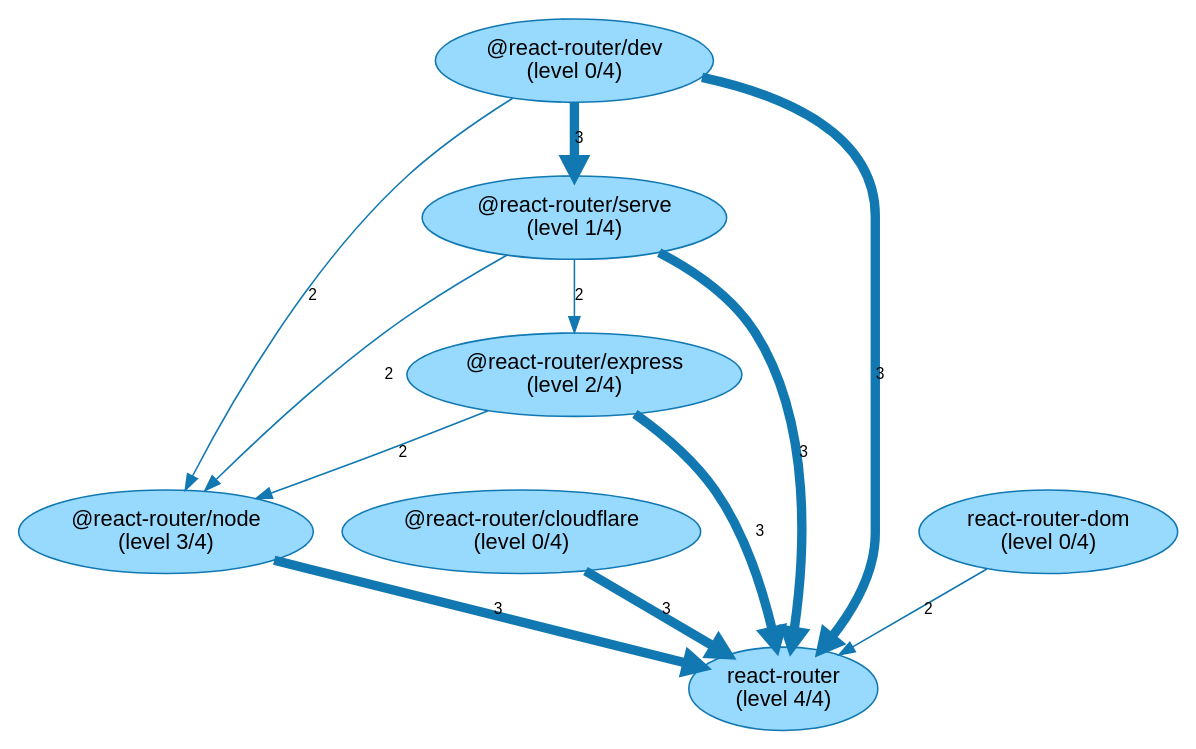
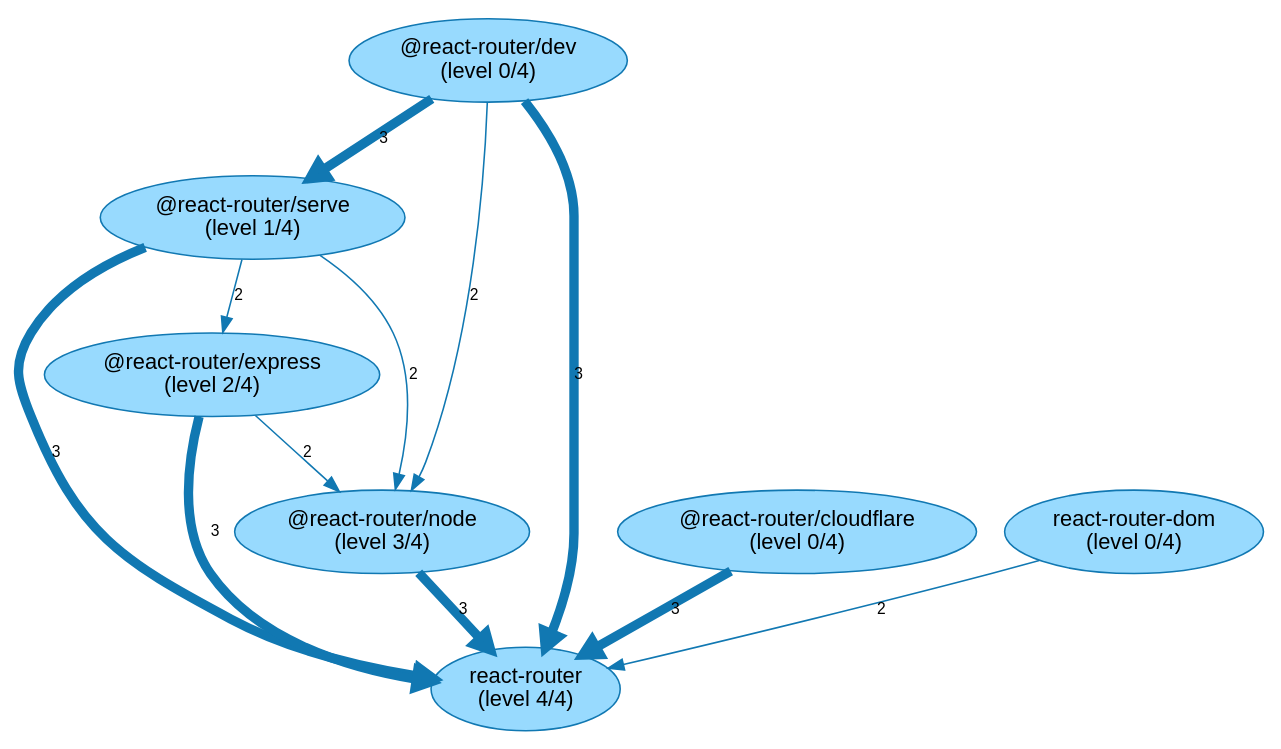
The diagram in analysis-results/react-router/latest/internal-dependencies/NPM_NonDevPackage/Graph_Visualizations/NpmPackageBuildLevels.gv (JohT/code-graph-analysis-examples), drawn with Graphviz before and after one commit. The commit also changed other lines of this file and 315 other files, not shown here.

```diff
--- a/analysis-results/react-router/latest/internal-dependencies/NPM_NonDevPackage/Graph_Visualizations/NpmPackageBuildLevels.gv
+++ b/analysis-results/react-router/latest/internal-dependencies/NPM_NonDevPackage/Graph_Visualizations/NpmPackageBuildLevels.gv
@@ -1,21 +1,21 @@
 // This GraphViz dot file was generated by the script convertQueryResultCsvToGraphVizDotFile.sh with default.template
 
 strict digraph NpmPackageBuildLevels {
     fontname = "Helvetica,Arial,sans-serif";
     node [fontname = "Helvetica,Arial,sans-serif";];
     edge [fontname = "Helvetica,Arial,sans-serif"; fontsize = 10;];
     node [style = filled; fillcolor = "0.560 0.400 0.999";];
     node [color = "0.560 0.900 0.700";];
     edge [color = "0.560 0.900 0.700";];
+	"@react-router/serve\n(level 1/4)" -> "react-router\n(level 4/4)" [label = 3; penwidth = 6.0; ];
+	"@react-router/express\n(level 2/4)" -> "react-router\n(level 4/4)" [label = 3; penwidth = 6.0; ];
 	"@react-router/node\n(level 3/4)" -> "react-router\n(level 4/4)" [label = 3; penwidth = 6.0; ];
+	"@react-router/dev\n(level 0/4)" -> "react-router\n(level 4/4)" [label = 3; penwidth = 6.0; ];
 	"@react-router/cloudflare\n(level 0/4)" -> "react-router\n(level 4/4)" [label = 3; penwidth = 6.0; ];
-	"@react-router/dev\n(level 0/4)" -> "react-router\n(level 4/4)" [label = 3; penwidth = 6.0; ];
-	"@react-router/express\n(level 2/4)" -> "react-router\n(level 4/4)" [label = 3; penwidth = 6.0; ];
-	"@react-router/serve\n(level 1/4)" -> "react-router\n(level 4/4)" [label = 3; penwidth = 6.0; ];
 	"@react-router/dev\n(level 0/4)" -> "@react-router/serve\n(level 1/4)" [label = 3; penwidth = 6.0; ];
 	"react-router-dom\n(level 0/4)" -> "react-router\n(level 4/4)" [label = 2; penwidth = 1.0; ];
 	"@react-router/express\n(level 2/4)" -> "@react-router/node\n(level 3/4)" [label = 2; penwidth = 1.0; ];
+	"@react-router/serve\n(level 1/4)" -> "@react-router/node\n(level 3/4)" [label = 2; penwidth = 1.0; ];
 	"@react-router/dev\n(level 0/4)" -> "@react-router/node\n(level 3/4)" [label = 2; penwidth = 1.0; ];
-	"@react-router/serve\n(level 1/4)" -> "@react-router/node\n(level 3/4)" [label = 2; penwidth = 1.0; ];
 	"@react-router/serve\n(level 1/4)" -> "@react-router/express\n(level 2/4)" [label = 2; penwidth = 1.0; ];
 }
```
